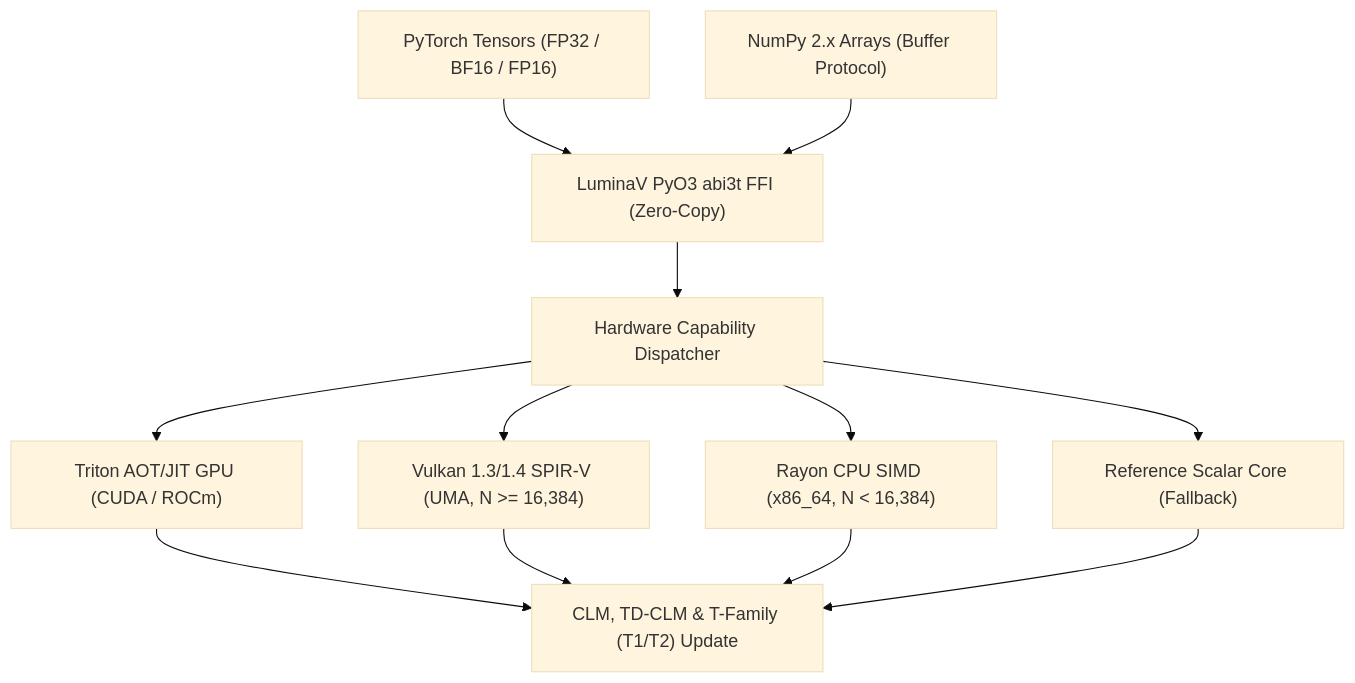
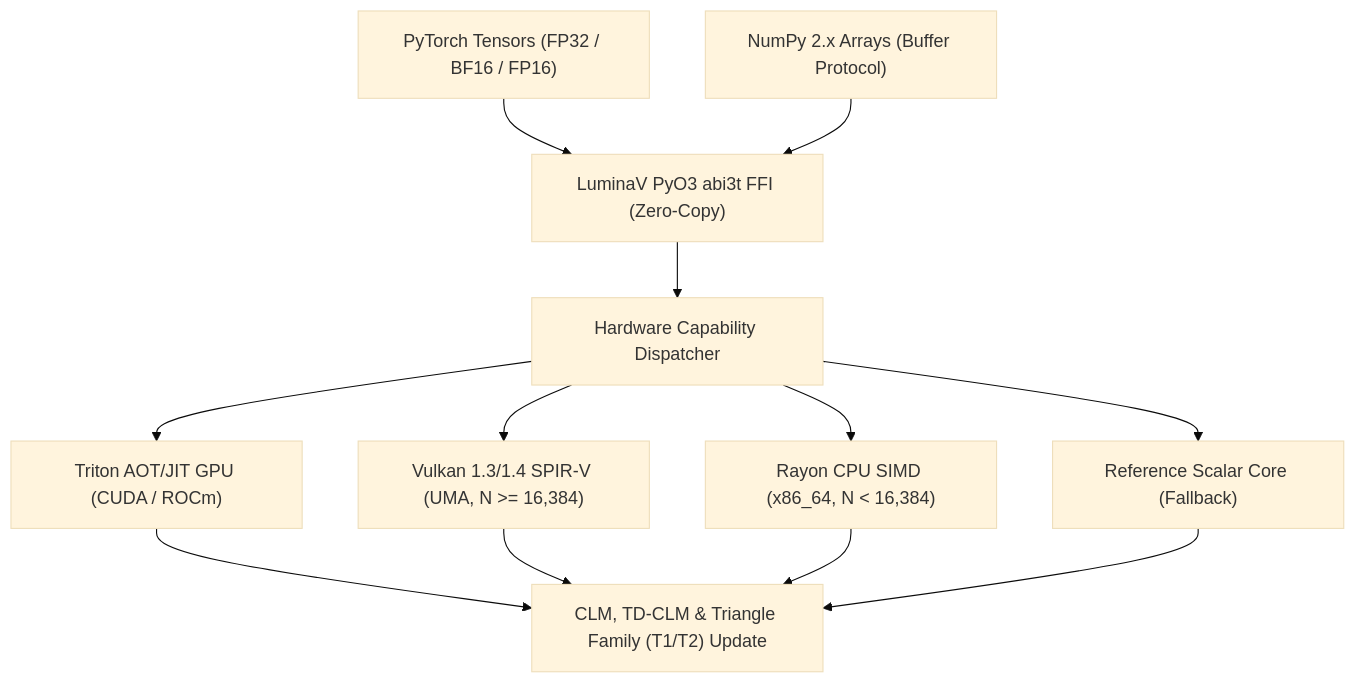
One commit to cloverx-id/luminamoon changed the first of 2 diagrams in docs/en/04_architecture_and_hardware.md. Above: the diagram before and after it, drawn with Mermaid (base theme). The commit also changed other lines of this file and 10 other files, not shown here.

First line of the commit message:
docs(release): align Triangle Family and Triangle Defect mathematical identities

````diff
--- a/docs/en/04_architecture_and_hardware.md
+++ b/docs/en/04_architecture_and_hardware.md
@@ -9,11 +9,11 @@
 ```mermaid
 flowchart TD
     PyTorch["PyTorch Tensors (FP32 / BF16 / FP16)"] --> FFI["LuminaV PyO3 abi3t FFI (Zero-Copy)"]
     NumPy["NumPy 2.x Arrays (Buffer Protocol)"] --> FFI
     FFI --> Dispatcher["Hardware Capability Dispatcher"]
     Dispatcher --> Triton["Triton AOT/JIT GPU (CUDA / ROCm)"]
     Dispatcher --> Vulkan["Vulkan 1.3/1.4 SPIR-V (UMA, N >= 16,384)"]
     Dispatcher --> SIMD["Rayon CPU SIMD (x86_64, N < 16,384)"]
     Dispatcher --> Scalar["Reference Scalar Core (Fallback)"]
-    Triton & Vulkan & SIMD & Scalar --> Math["CLM, TD-CLM & T-Family (T1/T2) Update"]
+    Triton & Vulkan & SIMD & Scalar --> Math["CLM, TD-CLM & Triangle Family (T1/T2) Update"]
 ```
````
